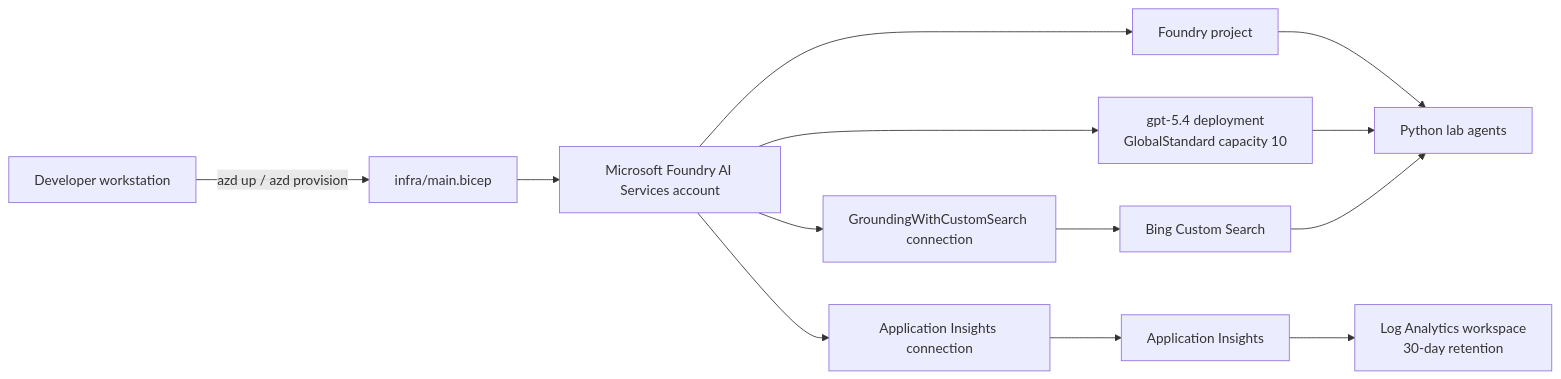
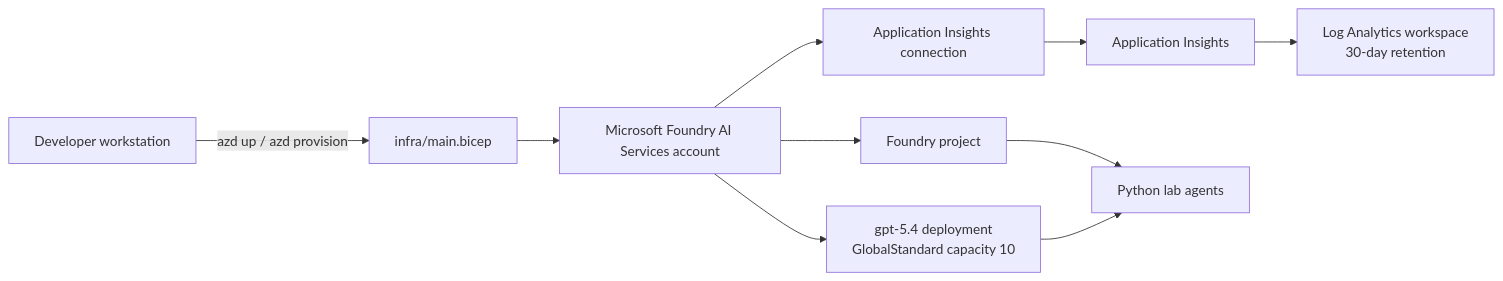
Before and after one commit to ms-hack-fy27/FrontierHack-AGRO: the diagram in infra.md, drawn with Mermaid. The commit also changed other lines of this file and 3 other files, not shown here.

````diff
--- a/infra.md
+++ b/infra.md
@@ -7,17 +7,14 @@
 ```mermaid
 
 flowchart LR
     Developer[Developer workstation] -->|azd up / azd provision| Bicep[infra/main.bicep]
     Bicep --> Foundry[Microsoft Foundry AI Services account]
     Foundry --> Project[Foundry project]
     Foundry --> Model[gpt-5.4 deployment\nGlobalStandard capacity 10]
-    Foundry --> BingConn[GroundingWithCustomSearch connection]
-    BingConn --> Bing[Bing Custom Search]
     Foundry --> InsightsConn[Application Insights connection]
     InsightsConn --> AppInsights[Application Insights]
     AppInsights --> Logs[Log Analytics workspace\n30-day retention]
     Project --> Agents[Python lab agents]
     Model --> Agents
-    Bing --> Agents
     
 ```
````
